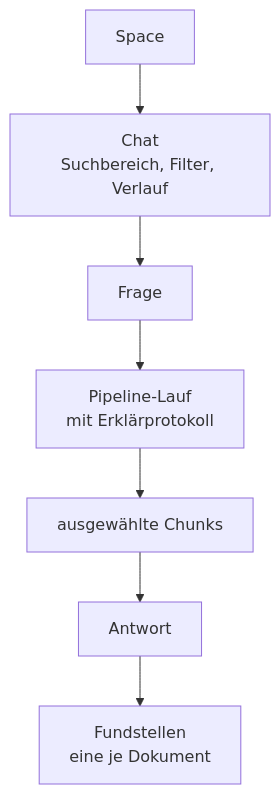
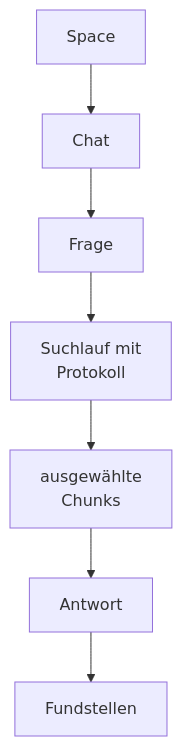
Before and after one commit to criew/opaa: the second of 4 diagrams in docs/handbuch/suche.md, drawn with Mermaid. The commit also changed other lines of this file and 11 other files, not shown here.

First line of the commit message:
docs(handbuch): Mermaid-Knoten mit kurzen Zeilen

````diff
--- a/docs/handbuch/suche.md
+++ b/docs/handbuch/suche.md
@@ -159,9 +159,9 @@
 ```mermaid
 flowchart TB
-    R[Space] --> C[Chat<br/>Suchbereich, Filter, Verlauf]
+    R[Space] --> C[Chat]
     C --> Q[Frage]
-    Q --> P[Pipeline-Lauf<br/>mit Erklärprotokoll]
-    P --> K[ausgewählte Chunks]
+    Q --> P[Suchlauf mit<br/>Protokoll]
+    P --> K[ausgewählte<br/>Chunks]
     K --> AW[Antwort]
-    AW --> FS[Fundstellen<br/>eine je Dokument]
+    AW --> FS[Fundstellen]
 ```
````
